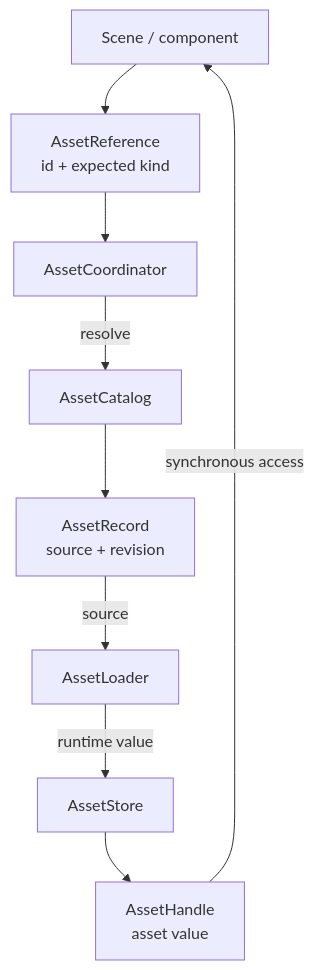
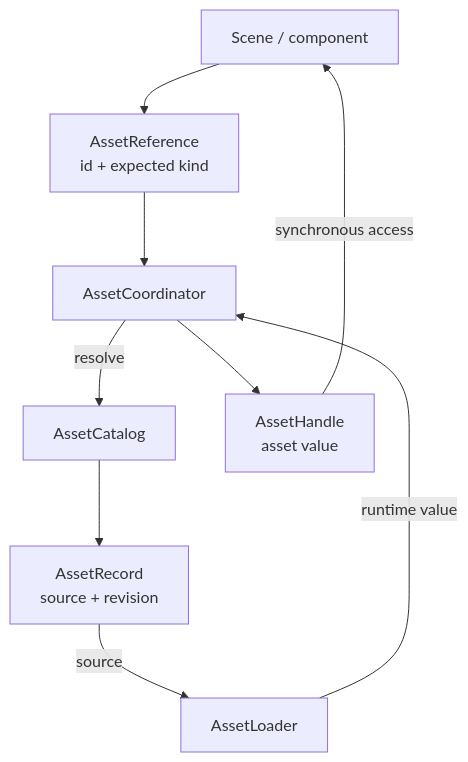
The diagram in packages/asset/README.md (JollyPixel/editor), drawn with Mermaid before and after one commit. The commit also changed other lines of this file and 64 other files, not shown here.

````diff
--- a/packages/asset/README.md
+++ b/packages/asset/README.md
@@ -26,20 +26,19 @@
 ```mermaid
 flowchart TB
     Scene["Scene / component"]
     Reference["AssetReference<br/>id + expected kind"]
     Coordinator["AssetCoordinator"]
     Catalog["AssetCatalog"]
     Record["AssetRecord<br/>source + revision"]
     Loader["AssetLoader"]
-    Store["AssetStore"]
     Handle["AssetHandle<br/>asset value"]
 
     Scene --> Reference
     Reference --> Coordinator
     Coordinator -->|"resolve"| Catalog
     Catalog --> Record
     Record -->|"source"| Loader
-    Loader -->|"runtime value"| Store
-    Store --> Handle
+    Loader -->|"runtime value"| Coordinator
+    Coordinator --> Handle
     Handle -->|"synchronous access"| Scene
 ```
````
